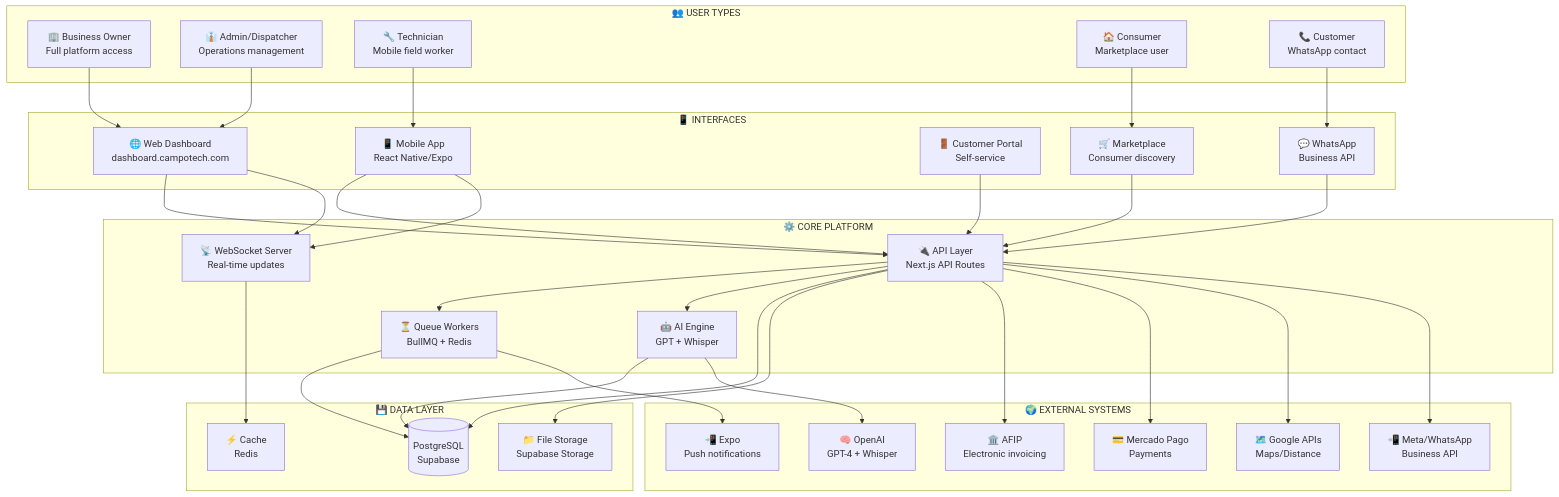
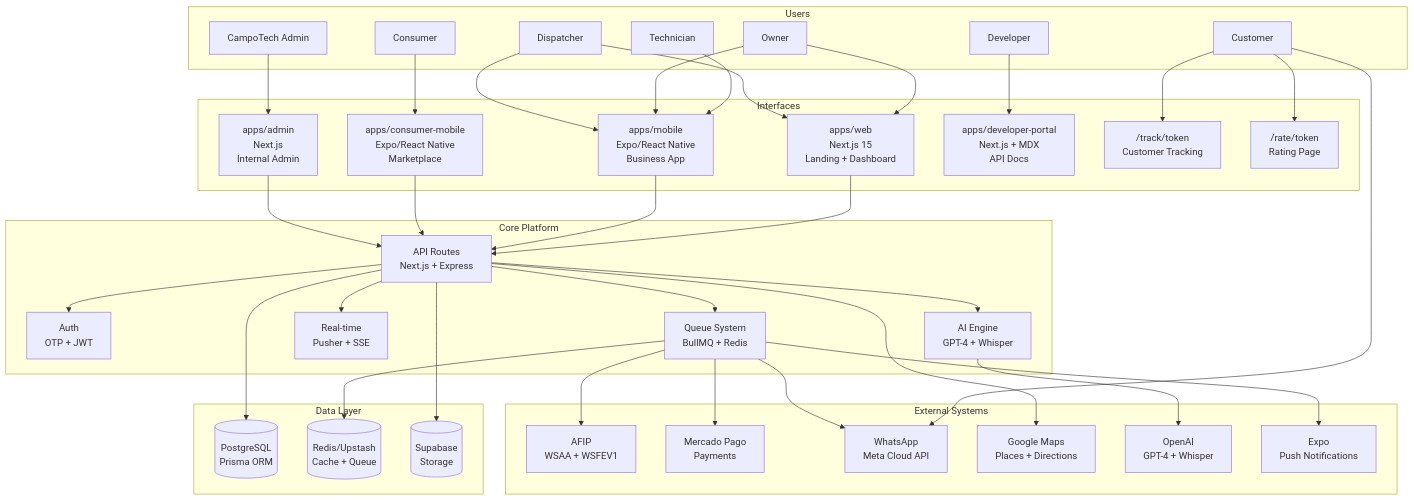
Before and after one commit to leftonspace/CampoTech: the first of 9 diagrams in architecture/campotech-complete-system-architecture.md, drawn with Mermaid. The commit also changed other lines of this file, not shown here.

First line of the commit message:
docs: complete CampoTech system architecture documentation

````diff
--- a/architecture/campotech-complete-system-architecture.md
+++ b/architecture/campotech-complete-system-architecture.md
@@ -11,75 +43,72 @@
 ```mermaid
 flowchart TB
-    subgraph USERS["👥 USER TYPES"]
-        OWNER["🏢 Business Owner<br/>Full platform access"]
-        ADMIN["👔 Admin/Dispatcher<br/>Operations management"]
-        TECH["🔧 Technician<br/>Mobile field worker"]
-        CONSUMER["🏠 Consumer<br/>Marketplace user"]
-        CUSTOMER["📞 Customer<br/>WhatsApp contact"]
+    subgraph Users ["Users"]
+        O["Owner"]
+        D["Dispatcher"]
+        T["Technician"]
+        C["Consumer"]
+        CU["Customer"]
+        A["CampoTech Admin"]
+        DEV["Developer"]
     end
 
-    subgraph INTERFACES["📱 INTERFACES"]
-        WEB["🌐 Web Dashboard<br/>dashboard.campotech.com"]
-        MOBILE["📱 Mobile App<br/>React Native/Expo"]
-        PORTAL["🚪 Customer Portal<br/>Self-service"]
-        MARKET["🛒 Marketplace<br/>Consumer discovery"]
-        WHATSAPP["💬 WhatsApp<br/>Business API"]
+    subgraph Interfaces ["Interfaces"]
+        WEB["apps/web<br/>Next.js 15<br/>Landing + Dashboard"]
+        MOB["apps/mobile<br/>Expo/React Native<br/>Business App"]
+        CMOB["apps/consumer-mobile<br/>Expo/React Native<br/>Marketplace"]
+        ADMIN["apps/admin<br/>Next.js<br/>Internal Admin"]
+        DEVP["apps/developer-portal<br/>Next.js + MDX<br/>API Docs"]
+        TRACK["/track/token<br/>Customer Tracking"]
+        RATE["/rate/token<br/>Rating Page"]
     end
 
-    subgraph CORE["⚙️ CORE PLATFORM"]
-        API["🔌 API Layer<br/>Next.js API Routes"]
-        WS["📡 WebSocket Server<br/>Real-time updates"]
-        QUEUE["⏳ Queue Workers<br/>BullMQ + Redis"]
-        AI["🤖 AI Engine<br/>GPT + Whisper"]
+    subgraph Core ["Core Platform"]
+        API["API Routes<br/>Next.js + Express"]
+        AUTH["Auth<br/>OTP + JWT"]
+        QUEUE["Queue System<br/>BullMQ + Redis"]
+        WS["Real-time<br/>Pusher + SSE"]
+        AI["AI Engine<br/>GPT-4 + Whisper"]
     end
 
-    subgraph DATA["💾 DATA LAYER"]
-        DB[(PostgreSQL<br/>Supabase)]
-        STORAGE["📁 File Storage<br/>Supabase Storage"]
-        CACHE["⚡ Cache<br/>Redis"]
+    subgraph Data ["Data Layer"]
+        DB[(PostgreSQL<br/>Prisma ORM)]
+        REDIS[(Redis/Upstash<br/>Cache + Queue)]
+        STORAGE[(Supabase<br/>Storage)]
     end
 
-    subgraph EXTERNAL["🌍 EXTERNAL SYSTEMS"]
-        AFIP["🏛️ AFIP<br/>Electronic invoicing"]
-        MP["💳 Mercado Pago<br/>Payments"]
-        GOOGLE["🗺️ Google APIs<br/>Maps/Distance"]
-        META["📲 Meta/WhatsApp<br/>Business API"]
-        OPENAI["🧠 OpenAI<br/>GPT-4 + Whisper"]
-        EXPO["📲 Expo<br/>Push notifications"]
+    subgraph External ["External Systems"]
+        AFIP["AFIP<br/>WSAA + WSFEV1"]
+        MP["Mercado Pago<br/>Payments"]
+        WA["WhatsApp<br/>Meta Cloud API"]
+        GOOGLE["Google Maps<br/>Places + Directions"]
+        OPENAI["OpenAI<br/>GPT-4 + Whisper"]
+        EXPO["Expo<br/>Push Notifications"]
     end
 
-    %% User to Interface connections
-    OWNER --> WEB
-    ADMIN --> WEB
-    TECH --> MOBILE
-    CONSUMER --> MARKET
-    CUSTOMER --> WHATSAPP
+    O & D --> WEB
+    T --> MOB
+    O & D --> MOB
+    C --> CMOB
+    CU --> WA
+    CU --> TRACK
+    CU --> RATE
+    A --> ADMIN
+    DEV --> DEVP
 
-    %% Interface to Core
-    WEB --> API
-    WEB --> WS
-    MOBILE --> API
-    MOBILE --> WS
-    PORTAL --> API
-    MARKET --> API
-    WHATSAPP --> API
+    WEB & MOB & CMOB & ADMIN --> API
+    API --> AUTH
+    API --> QUEUE
+    API --> WS
+    API --> AI
 
-    %% Core internal
-    API --> QUEUE
-    API --> AI
-    WS --> CACHE
+    API --> DB
+    QUEUE --> REDIS
+    API --> STORAGE
 
-    %% Core to Data
-    API --> DB
-    API --> STORAGE
-    QUEUE --> DB
-    AI --> DB
-
-    %% Core to External
-    API --> AFIP
-    API --> MP
+    QUEUE --> AFIP
+    QUEUE --> MP
+    QUEUE --> WA
     API --> GOOGLE
-    API --> META
     AI --> OPENAI
     QUEUE --> EXPO
 ```
````
